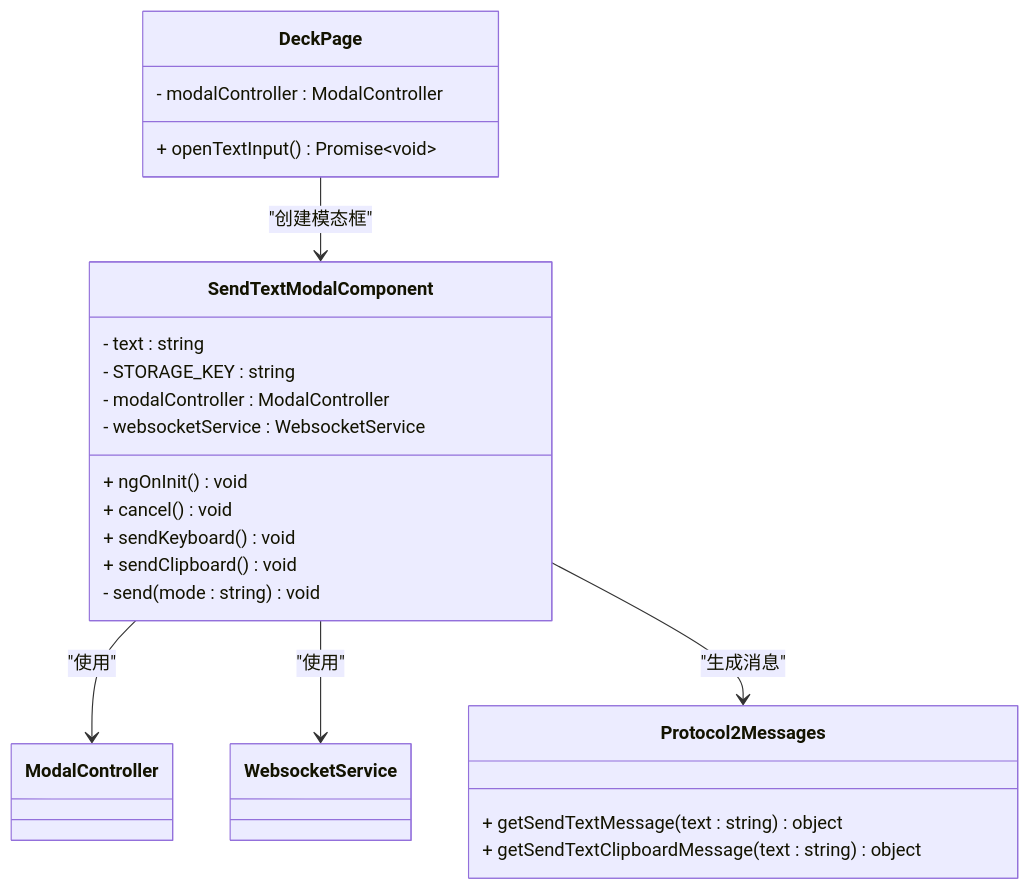
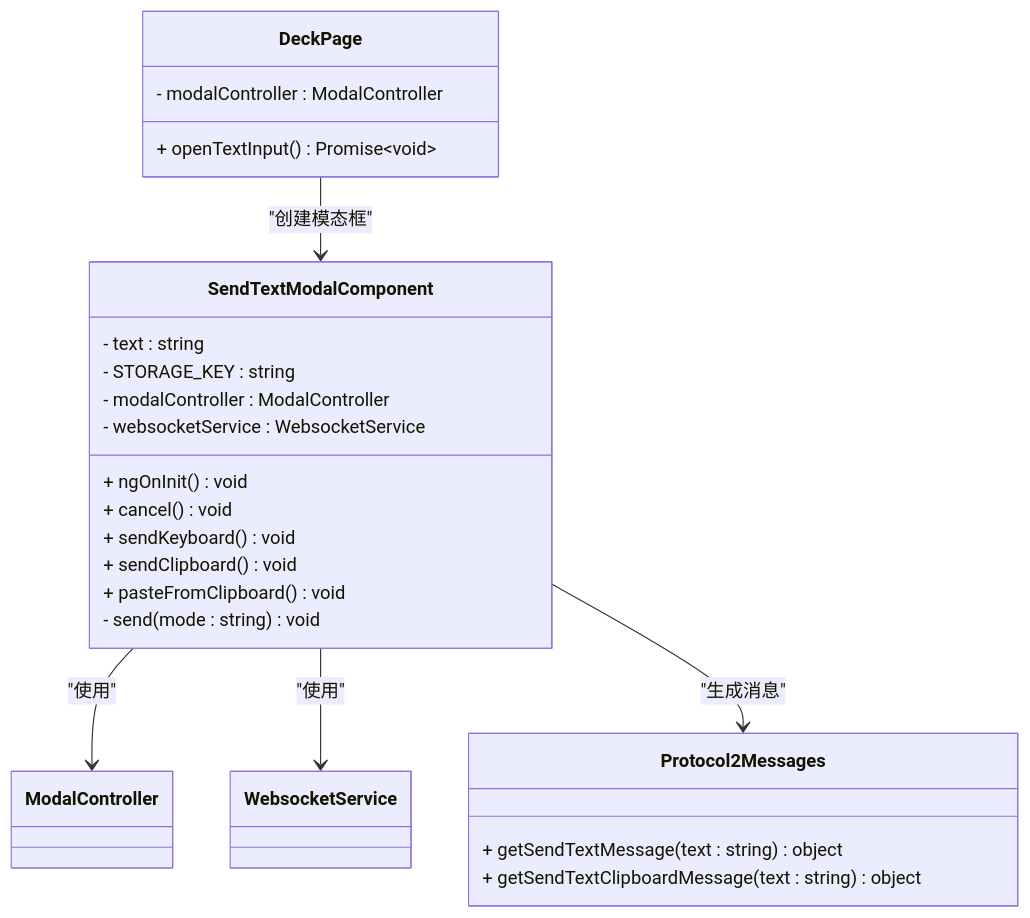
One commit to tea4go/Macro-Deck-Client-App changed the eighth of 13 diagrams in .qoder/repowiki/zh/content/核心功能模块/国际化系统.md. Above: the diagram before and after it, drawn with Mermaid. The commit also changed other lines of this file and 39 other files, not shown here.

````diff
--- a/.qoder/repowiki/zh/content/核心功能模块/国际化系统.md
+++ b/.qoder/repowiki/zh/content/核心功能模块/国际化系统.md
@@ -430,26 +447,27 @@
 ```mermaid
 classDiagram
 class SendTextModalComponent {
 - text : string
 - STORAGE_KEY : string
 - modalController : ModalController
 - websocketService : WebsocketService
 + ngOnInit() void
 + cancel() void
 + sendKeyboard() void
 + sendClipboard() void
++ pasteFromClipboard() void
 - send(mode : string) void
 }
 class DeckPage {
 - modalController : ModalController
 + openTextInput() Promise~void~
 }
 class Protocol2Messages {
 + getSendTextMessage(text : string) object
 + getSendTextClipboardMessage(text : string) object
 }
 SendTextModalComponent --> ModalController : "使用"
 SendTextModalComponent --> WebsocketService : "使用"
 SendTextModalComponent --> Protocol2Messages : "生成消息"
 DeckPage --> SendTextModalComponent : "创建模态框"
 ```
````
